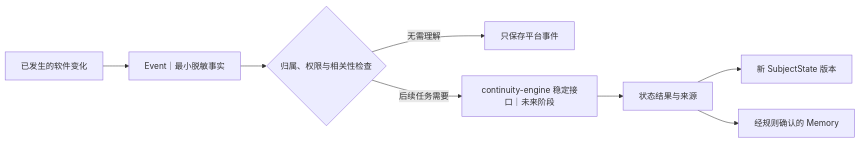
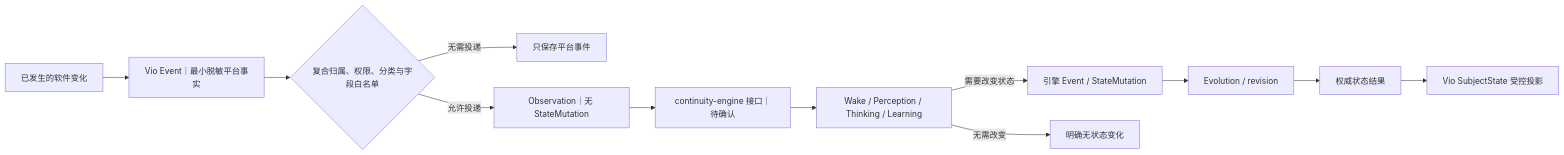
The fourth of 5 diagrams in docs/后端/数据关系图.md (yuan69082-code/vio-live-frontend), drawn with Mermaid before and after one commit. The commit also changed other lines of this file and 19 other files, not shown here.

Commit message:
docs: 完成 continuity-engine 与 Vio 后端连接设计

````diff
--- a/docs/后端/数据关系图.md
+++ b/docs/后端/数据关系图.md
@@ -498,10 +498,14 @@
 ```mermaid
 flowchart LR
-    CHANGE["已发生的软件变化"] --> EVENT["Event｜最小脱敏事实"]
-    EVENT --> POLICY{"归属、权限与相关性检查"}
-    POLICY -->|"无需理解"| STORE["只保存平台事件"]
-    POLICY -->|"后续任务需要"| PORT["continuity-engine 稳定接口｜未来阶段"]
-    PORT --> RESULT["状态结果与来源"]
-    RESULT --> STATE["新 SubjectState 版本"]
-    RESULT --> MEMORY["经规则确认的 Memory"]
+    CHANGE["已发生的软件变化"] --> EVENT["Vio Event｜最小脱敏平台事实"]
+    EVENT --> POLICY{"复合归属、权限、分类与字段白名单"}
+    POLICY -->|"无需投递"| STORE["只保存平台事件"]
+    POLICY -->|"允许投递"| OBS["Observation｜无 StateMutation"]
+    OBS --> PORT["continuity-engine 接口｜待确认"]
+    PORT --> DECIDE["Wake / Perception / Thinking / Learning"]
+    DECIDE -->|"需要改变状态"| EEVENT["引擎 Event / StateMutation"]
+    EEVENT --> EVOLVE["Evolution / revision"]
+    EVOLVE --> RESULT["权威状态结果"]
+    RESULT --> STATE["Vio SubjectState 受控投影"]
+    DECIDE -->|"无需改变"| NOOP["明确无状态变化"]
 ```
````
